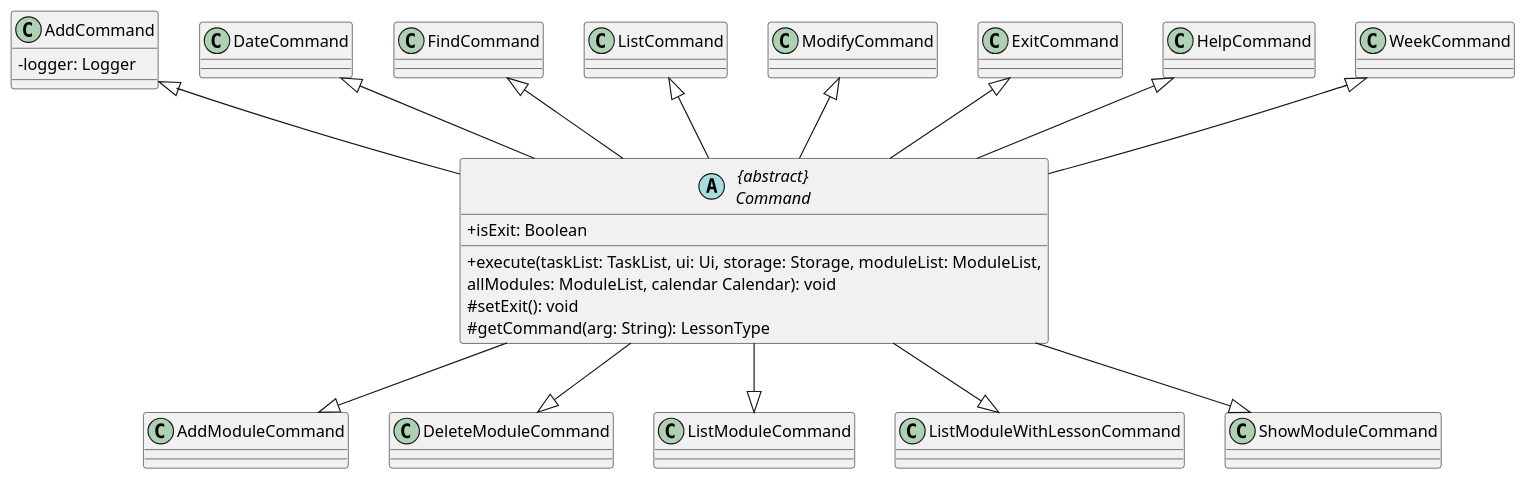
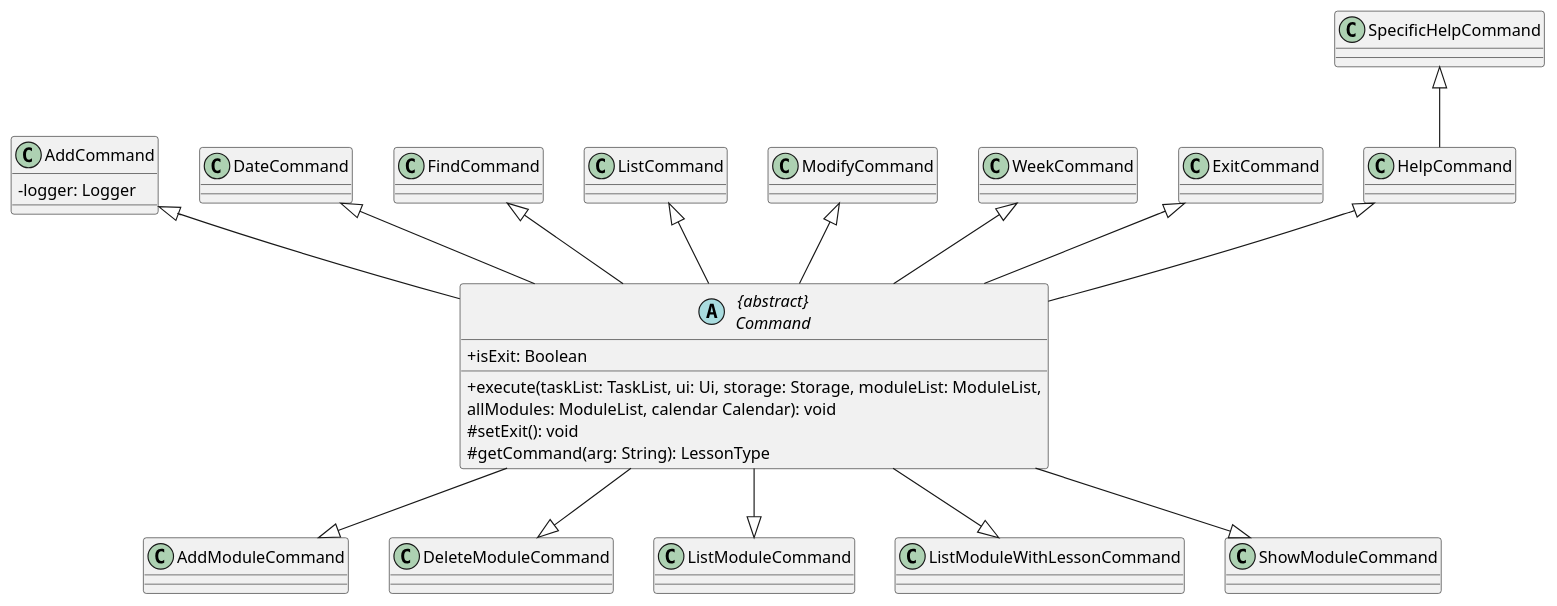
Before and after one commit to nus-cs2113-AY2223S2/tp: the diagram in docs/uml-source/class/Command.puml, drawn with PlantUML. The commit also changed 1 other file, not shown here.

Commit message:
Add Specific Help Commands

```diff
--- a/docs/uml-source/class/Command.puml
+++ b/docs/uml-source/class/Command.puml
@@ -1,56 +1,59 @@
 @startuml
 'https://plantuml.com/class-diagram
 skinparam classAttributeIconSize 0
 skinparam maxMessageSize 150
 
 abstract class "{abstract}\nCommand" as Command {
 + isExit: Boolean
 + execute(taskList: TaskList, ui: Ui, storage: Storage, moduleList: ModuleList,
 allModules: ModuleList, calendar Calendar): void
 # setExit(): void
 # getCommand(arg: String): LessonType
 }
 
 class AddCommand {
 - logger: Logger
-
 }
 AddCommand <|-- Command
 
 class DateCommand
 DateCommand <|-- Command
 
 class FindCommand
 FindCommand <|-- Command
 
 class ListCommand
 ListCommand <|-- Command
 
 class ModifyCommand
 ModifyCommand <|-- Command
 
+class WeekCommand
+WeekCommand <|-- Command
+
 class ExitCommand
 ExitCommand <|-- Command
 
 class HelpCommand
 HelpCommand <|-- Command
 
-class WeekCommand
-WeekCommand <|-- Command
+class SpecificHelpCommand {
+}
+SpecificHelpCommand <|-- HelpCommand
 
 class AddModuleCommand
 Command --|> AddModuleCommand
 
 class DeleteModuleCommand
 Command --|> DeleteModuleCommand
 
 class ListModuleCommand
 Command --|> ListModuleCommand
 
 class ListModuleWithLessonCommand
 Command --|> ListModuleWithLessonCommand
 
 class ShowModuleCommand
 Command --|> ShowModuleCommand
 
 @enduml
```
